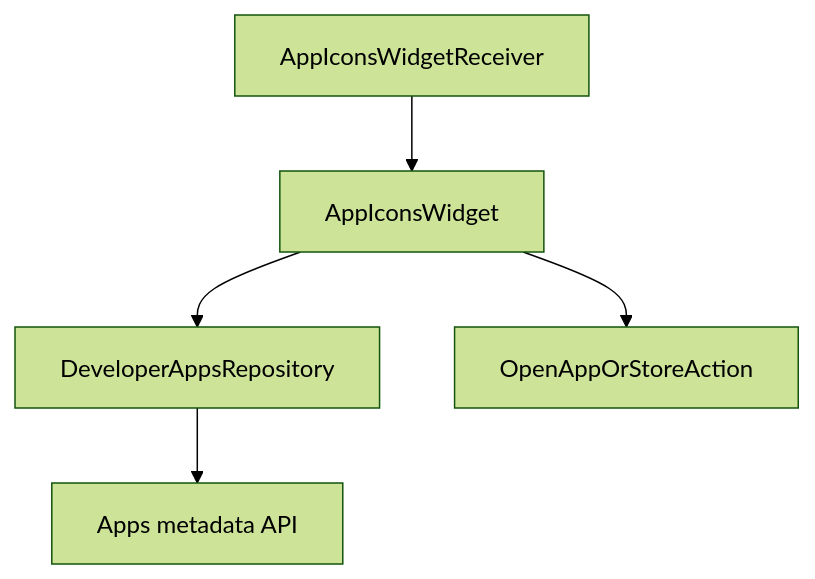
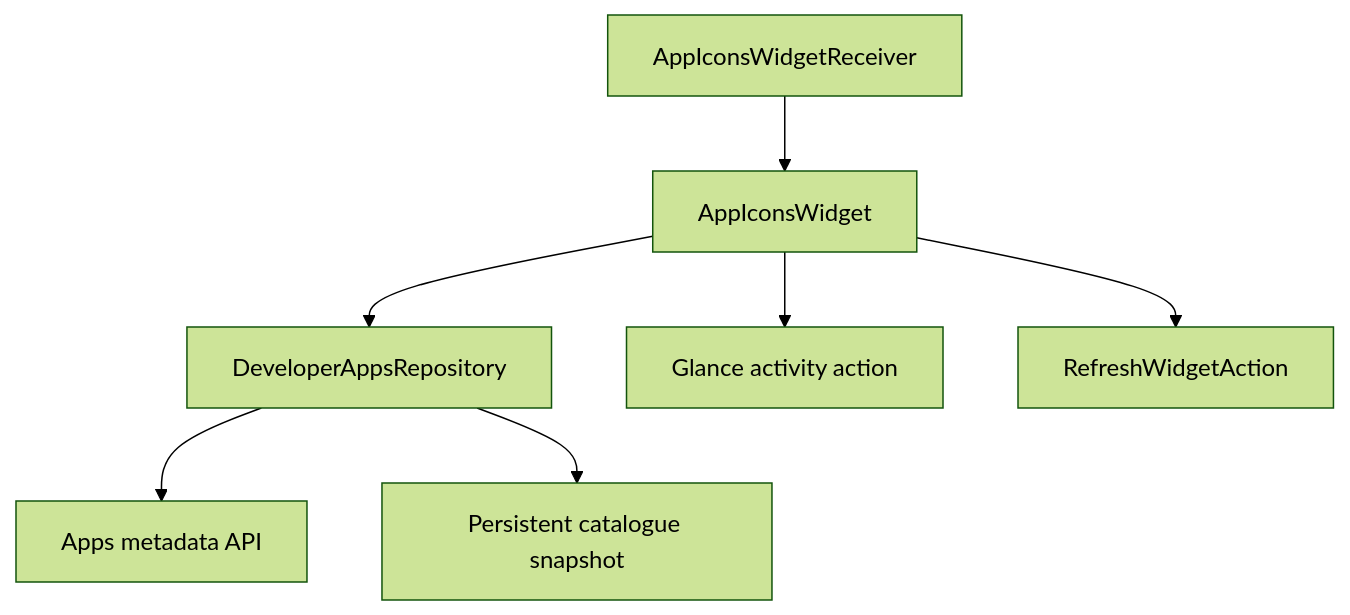
One commit to MihaiCristianCondrea/App-Toolkit-for-Android changed the diagram in sample/widget/README.md. Above: the diagram before and after it, drawn with Mermaid (forest theme). The commit also changed other lines of this file and 15 other files, not shown here.

Commit message:
Complete widget caching and Glance tests

````diff
--- a/sample/widget/README.md
+++ b/sample/widget/README.md
@@ -29,7 +30,9 @@
 ```mermaid
 flowchart TD
     Receiver[AppIconsWidgetReceiver] --> Widget[AppIconsWidget]
     Widget --> Repo[DeveloperAppsRepository]
     Repo --> Api[Apps metadata API]
-    Widget --> Action[OpenAppOrStoreAction]
+    Repo --> Cache[Persistent catalogue snapshot]
+    Widget --> Launch[Glance activity action]
+    Widget --> Retry[RefreshWidgetAction]
 ```
````
